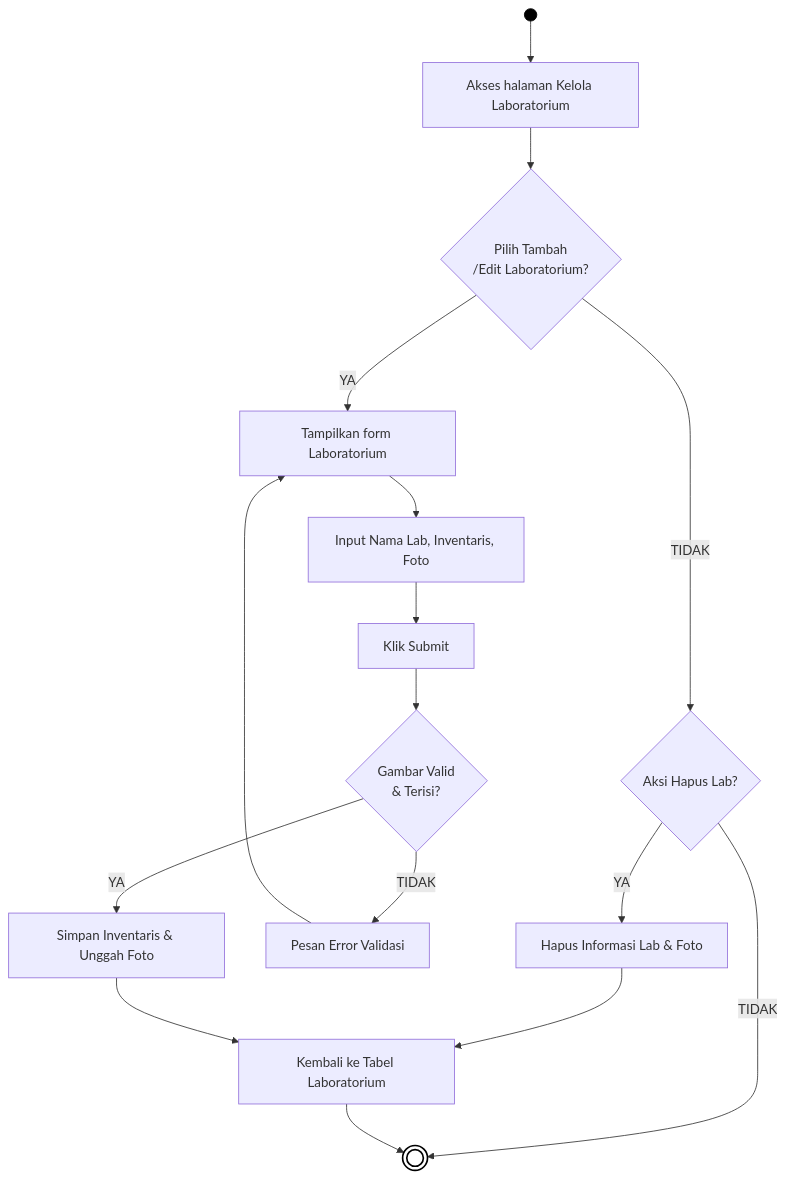
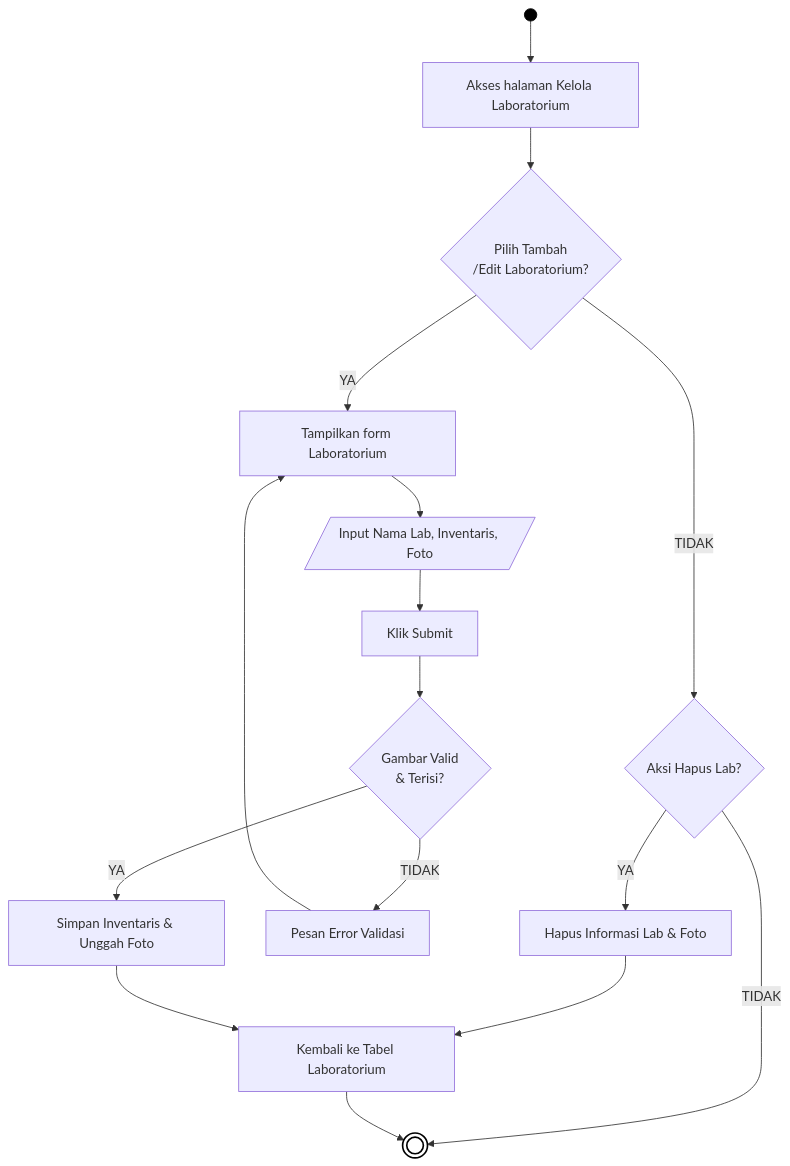
Before and after one commit to arbain-dev/Web_fikom: the tenth of 21 diagrams in docs/01_DIAGRAM_AKTIVITAS.md, drawn with Mermaid. The commit also changed other lines of this file and 2 other files, not shown here.

Commit message:
docs: perbaiki bentuk IO pada flowchart

````diff
--- a/docs/01_DIAGRAM_AKTIVITAS.md
+++ b/docs/01_DIAGRAM_AKTIVITAS.md
@@ -319,26 +319,26 @@
 ```mermaid
 flowchart TD
     Start(( )) --> A[Akses halaman Kelola Laboratorium]
     
     A --> B{Pilih Tambah\n/Edit Laboratorium?}
     
     B -- TIDAK --> Hapus{Aksi Hapus Lab?}
     Hapus -- YA --> HC[Hapus Informasi Lab & Foto]
     Hapus -- TIDAK --> End((( )))
     HC --> I[Kembali ke Tabel Laboratorium]
     
     B -- YA --> C[Tampilkan form Laboratorium]
-    C --> D[Input Nama Lab, Inventaris, Foto]
+    C --> D[/Input Nama Lab, Inventaris, Foto/]
     D --> E[Klik Submit]
     
     E --> F{Gambar Valid\n& Terisi?}
     F -- TIDAK --> G[Pesan Error Validasi]
     G --> C
     
     F -- YA --> H[Simpan Inventaris & Unggah Foto]
     H --> I
     I --> End
     
     style Start fill:#000,stroke:#000,color:#000
     style End fill:#fff,stroke:#000,stroke-width:2px
 ```
````
